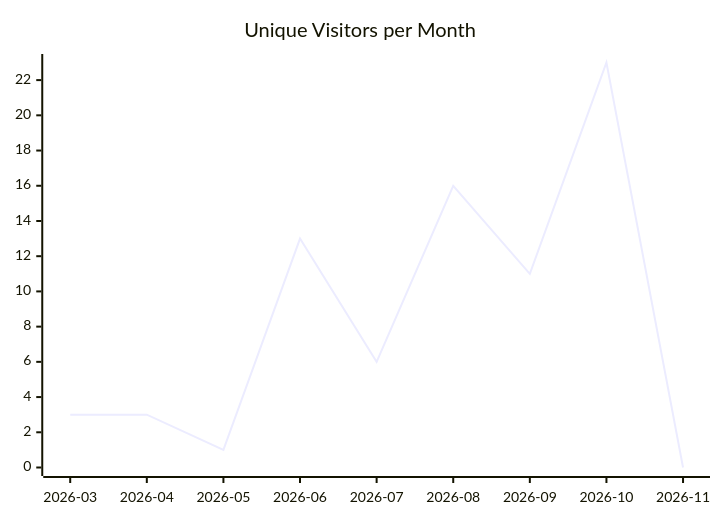
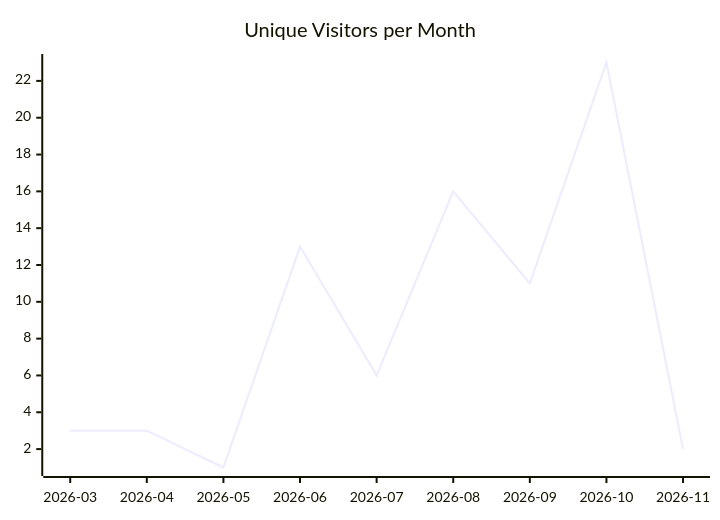
The first of 3 diagrams in karlmdavis/rps-tourney/README.md (justdavis-family/github-analytics-data), drawn with Mermaid before and after one commit. The commit also changed other lines of this file and 190 other files, not shown here.

````diff
--- a/karlmdavis/rps-tourney/README.md
+++ b/karlmdavis/rps-tourney/README.md
@@ -5,6 +5,6 @@
 ```mermaid
 xychart-beta
   title "Unique Visitors per Month"
   x-axis ["2026-03", "2026-04", "2026-05", "2026-06", "2026-07", "2026-08", "2026-09", "2026-10", "2026-11"]
-  line [3, 3, 1, 13, 6, 16, 11, 23, 0]
+  line [3, 3, 1, 13, 6, 16, 11, 23, 2]
 ```
````
